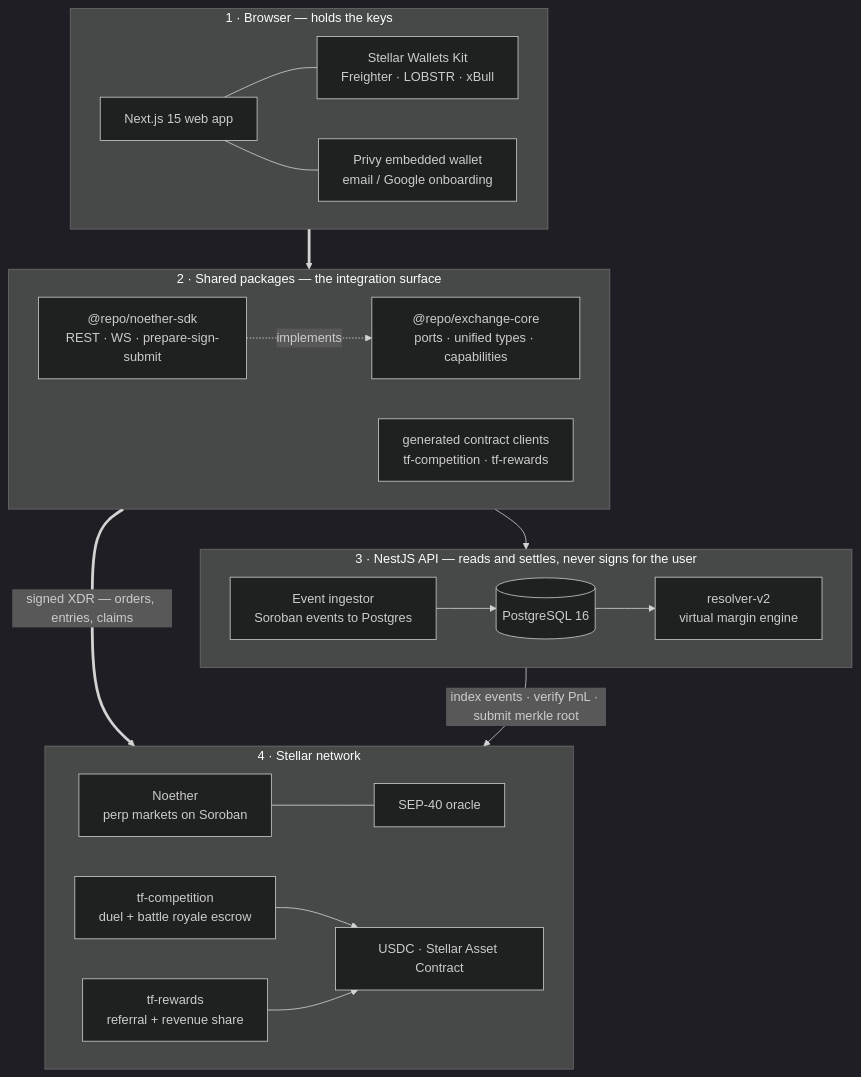
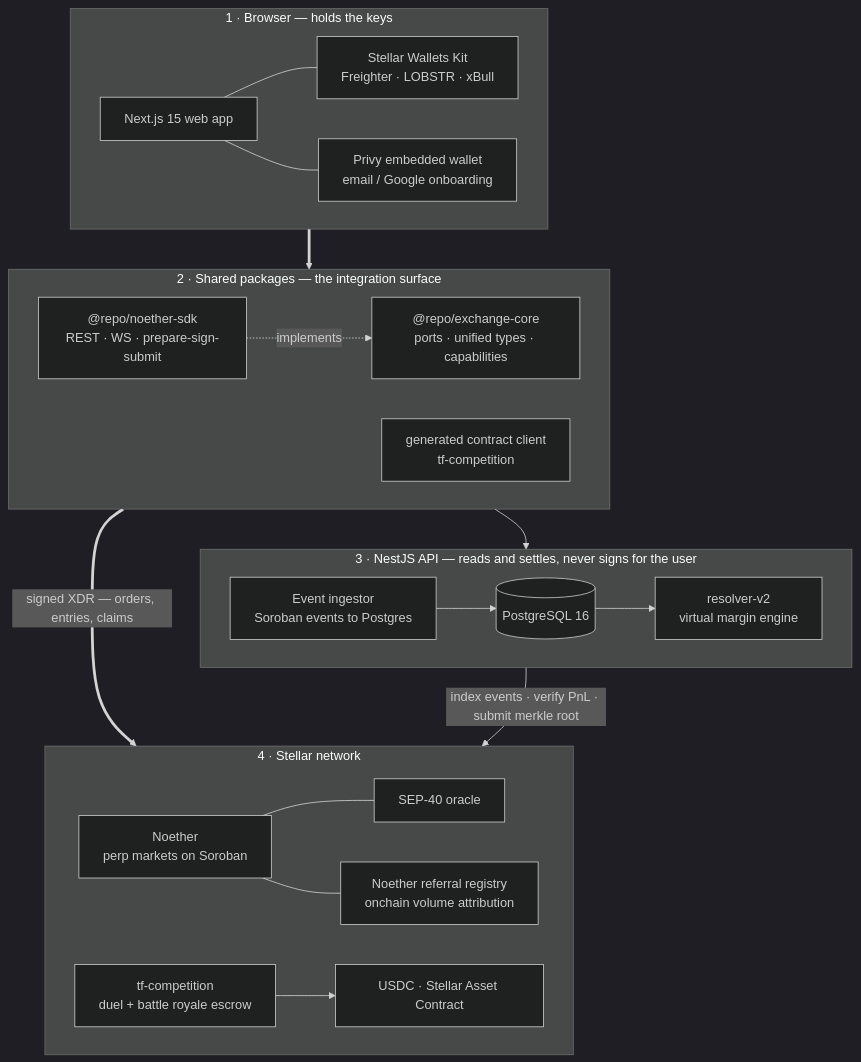
The first of 4 diagrams in README.md (tradefighters/stellar-integration), drawn with Mermaid (dark theme) before and after one commit. The commit also changed other lines of this file and 6 other files, not shown here.

````diff
--- a/README.md
+++ b/README.md
@@ -104,45 +109,45 @@
 ```mermaid
 flowchart TB
     subgraph client["1 · Browser — holds the keys"]
         direction LR
         UI["Next.js 15 web app"]
         SWK["Stellar Wallets Kit<br/>Freighter · LOBSTR · xBull"]
         PRIVY["Privy embedded wallet<br/>email / Google onboarding"]
         UI --- SWK
         UI --- PRIVY
     end
 
     subgraph pkgs["2 · Shared packages — the integration surface"]
         direction LR
         CORE["@repo/exchange-core<br/>ports · unified types · capabilities"]
         NSDK["@repo/noether-sdk<br/>REST · WS · prepare-sign-submit"]
-        CLIENTS["generated contract clients<br/>tf-competition · tf-rewards"]
+        CLIENTS["generated contract client<br/>tf-competition"]
         NSDK -.implements.-> CORE
     end
 
     subgraph api["3 · NestJS API — reads and settles, never signs for the user"]
         direction LR
         INGEST["Event ingestor<br/>Soroban events to Postgres"]
         RESOLVER["resolver-v2<br/>virtual margin engine"]
         DB[("PostgreSQL 16")]
         INGEST --> DB
         DB --> RESOLVER
     end
 
     subgraph stellar["4 · Stellar network"]
         direction LR
         NOETHER["Noether<br/>perp markets on Soroban"]
         ORACLE["SEP-40 oracle"]
         TFC["tf-competition<br/>duel + battle royale escrow"]
-        TFR["tf-rewards<br/>referral + revenue share"]
+        REFREG["Noether referral registry<br/>onchain volume attribution"]
         SAC["USDC · Stellar Asset Contract"]
         NOETHER --- ORACLE
         TFC --> SAC
-        TFR --> SAC
+        NOETHER --- REFREG
     end
 
     client ==> pkgs
     pkgs ==>|"signed XDR — orders, entries, claims"| stellar
     pkgs --> api
     api -->|"index events · verify PnL · submit merkle root"| stellar
 ```
````
